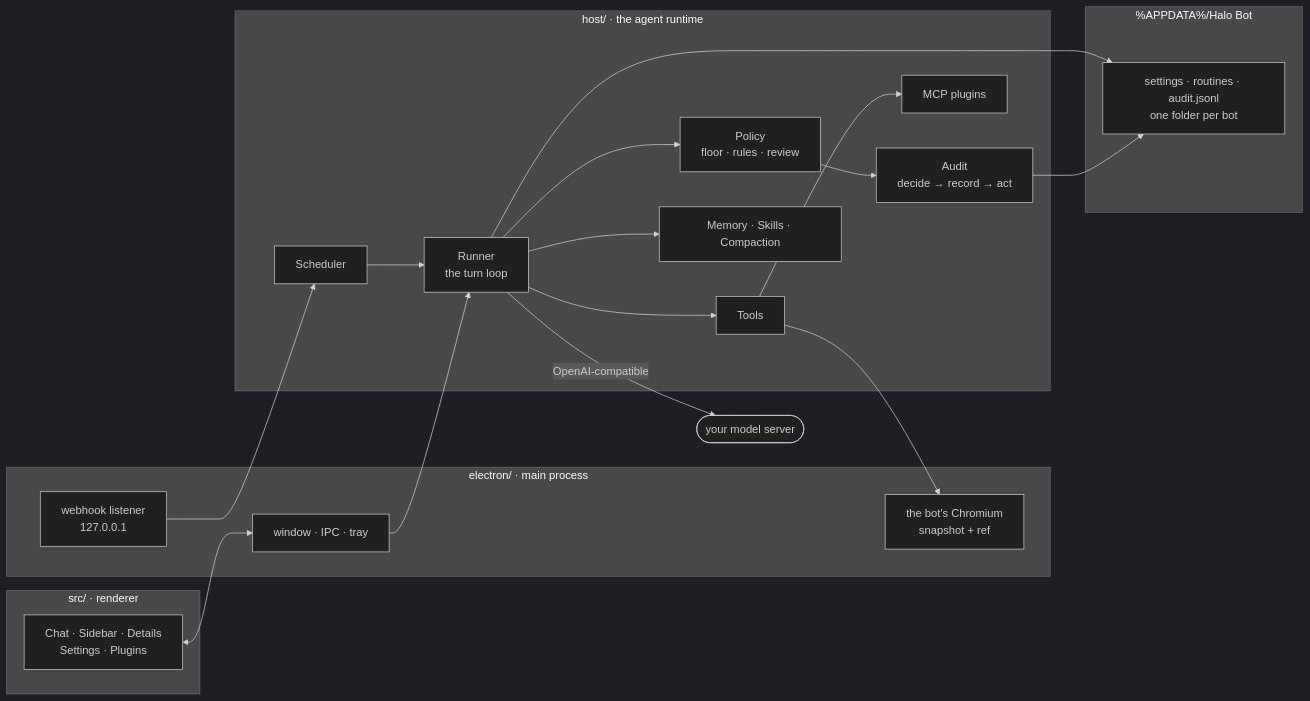
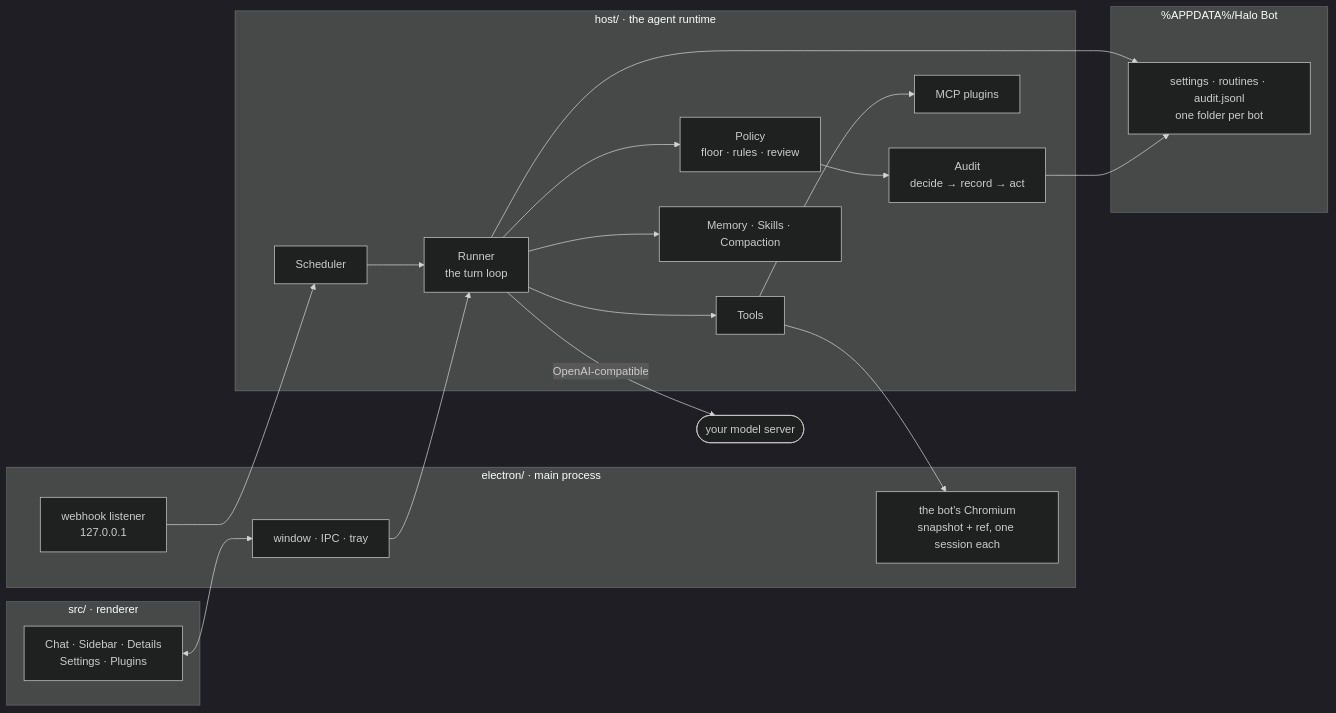
One commit to Galactic717/halo-bot changed the diagram in README.md. Above: the diagram before and after it, drawn with Mermaid (dark theme). The commit also changed other lines of this file and 20 other files, not shown here.

````diff
--- a/README.md
+++ b/README.md
@@ -188,35 +154,35 @@
 ```mermaid
 flowchart LR
   subgraph UI["src/ · renderer"]
     C["Chat · Sidebar · Details<br/>Settings · Plugins"]
   end
   subgraph MAIN["electron/ · main process"]
     W["window · IPC · tray"]
-    B["the bot's Chromium<br/>snapshot + ref"]
+    B["the bot's Chromium<br/>snapshot + ref, one session each"]
     H["webhook listener<br/>127.0.0.1"]
   end
   subgraph HOST["host/ · the agent runtime"]
     R["Runner<br/>the turn loop"]
     G["Policy<br/>floor · rules · review"]
     A["Audit<br/>decide → record → act"]
     T["Tools"]
     M["Memory · Skills · Compaction"]
     S["Scheduler"]
     P["MCP plugins"]
   end
   subgraph DISK["%APPDATA%/Halo Bot"]
     D["settings · routines · audit.jsonl<br/>one folder per bot"]
   end
   C <--> W
   W --> R
   R --> G --> A
   R --> T
   T --> B
   T --> P
   R --> M
   S --> R
   H --> S
   R --> D
   A --> D
   R -->|"OpenAI-compatible"| LLM(["your model server"])
 ```
````
